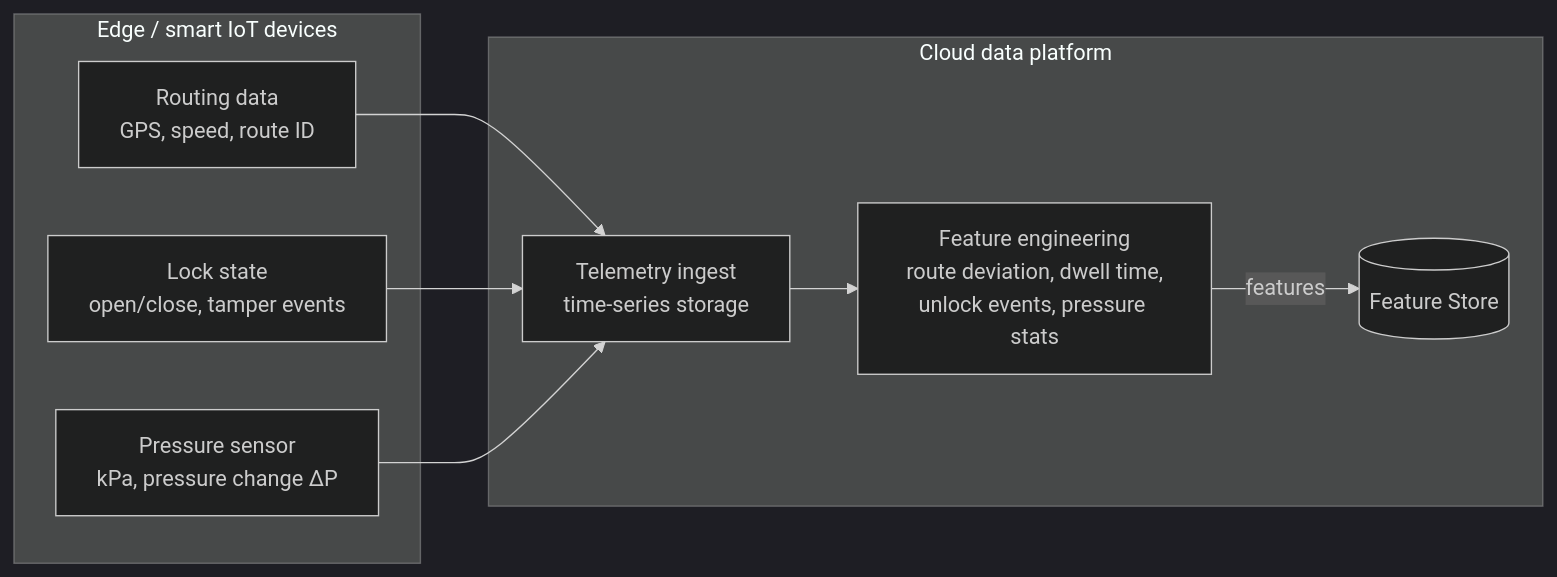
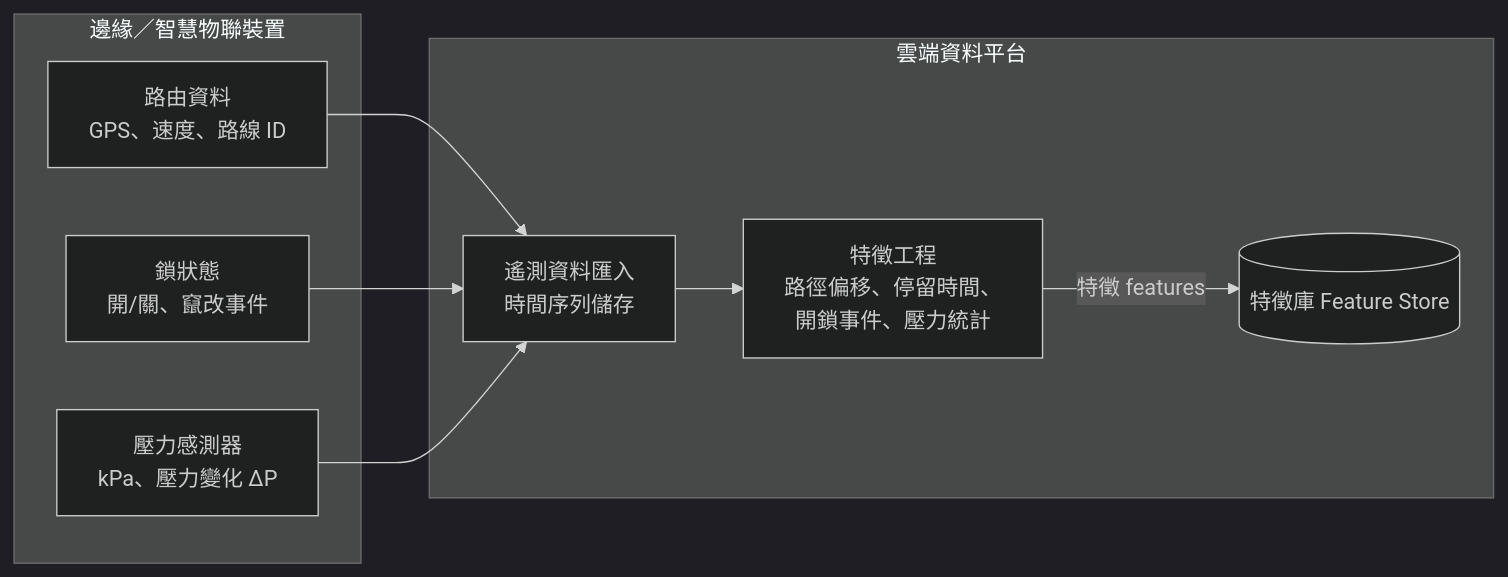
The seventh of 10 diagrams in proposal/AI-Application-Enhancement-Program-Proposal-Submission.md (jshuo/ai-moea-proposal), drawn with Mermaid (dark theme) before and after one commit. The commit also changed other lines of this file, not shown here.

Commit message:
Implement feature X to enhance user experience and optimize performance

````diff
--- a/proposal/AI-Application-Enhancement-Program-Proposal-Submission.md
+++ b/proposal/AI-Application-Enhancement-Program-Proposal-Submission.md
@@ -700,22 +741,22 @@
-  ```mermaid
-  flowchart LR
-    %% Diagram 1: Edge devices & cloud ingest → Feature Store
-    subgraph Edge["Edge / smart IoT devices"]
-      GPS[Routing data<br/>GPS, speed, route ID]
-      LOCK[Lock state<br/>open/close, tamper events]
-      PRESS[Pressure sensor<br/>kPa, pressure change ΔP]
-    end
+```mermaid 
+flowchart LR
+  %% 圖 1：邊緣裝置與雲端匯入 → 特徵庫
+  subgraph Edge["邊緣／智慧物聯裝置"]
+    GPS[路由資料<br/>GPS、速度、路線 ID]
+    LOCK[鎖狀態<br/>開/關、竄改事件]
+    PRESS[壓力感測器<br/>kPa、壓力變化 ΔP]
+  end
 
-    subgraph Ingest["Cloud data platform"]
-      RAW[Telemetry ingest<br/>time-series storage]
-      FEAT[Feature engineering<br/>route deviation, dwell time,<br/>unlock events, pressure stats]
-      FEAT_HUB[(Feature Store)]
-    end
+  subgraph Ingest["雲端資料平台"]
+    RAW[遙測資料匯入<br/>時間序列儲存]
+    FEAT[特徵工程<br/>路徑偏移、停留時間、<br/>開鎖事件、壓力統計]
+    FEAT_HUB[(特徵庫 Feature Store)]
+  end
 
-    GPS --> RAW
-    LOCK --> RAW
-    PRESS --> RAW
+  GPS --> RAW
+  LOCK --> RAW
+  PRESS --> RAW
 
-    RAW --> FEAT
-    FEAT -->|features| FEAT_HUB
-  ```
+  RAW --> FEAT
+  FEAT -->|特徵 features| FEAT_HUB
+```
````
